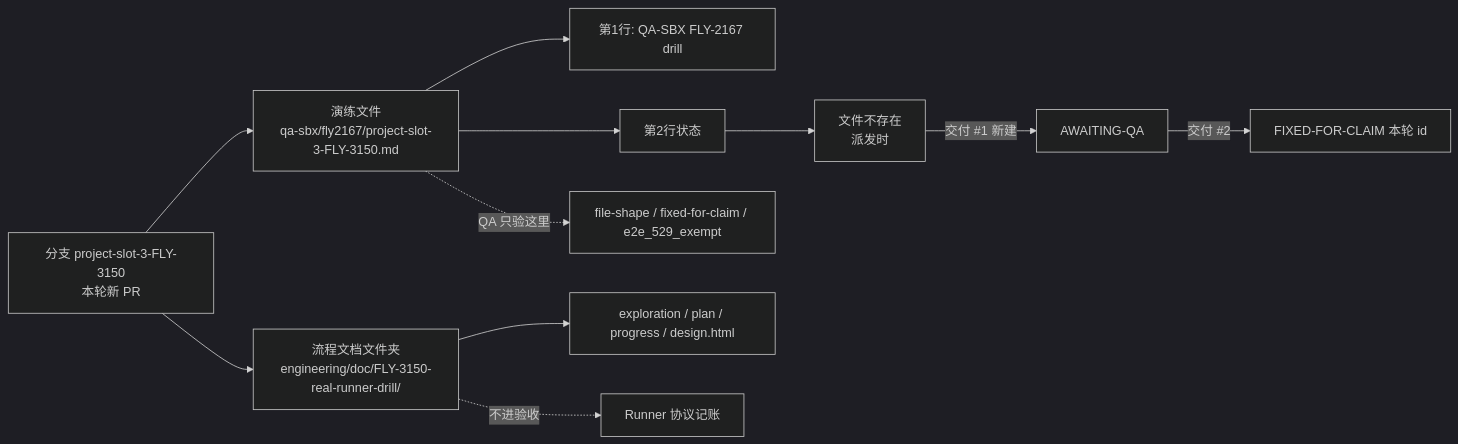
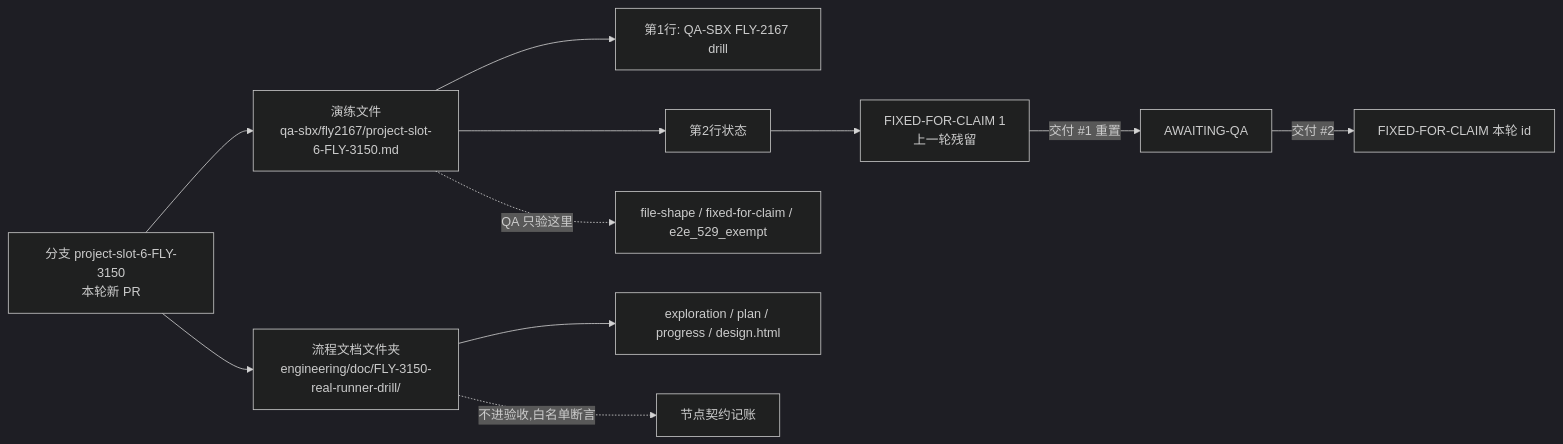
The diagram in engineering/doc/FLY-3150-real-runner-drill/d2-data-model.mmd (xrliAnnie/flywheel-qa-sandbox), drawn with Mermaid (dark theme) before and after one commit. The commit also changed 4 other files, not shown here.

```diff
--- a/engineering/doc/FLY-3150-real-runner-drill/d2-data-model.mmd
+++ b/engineering/doc/FLY-3150-real-runner-drill/d2-data-model.mmd
@@ -1,11 +1,11 @@
 flowchart LR
-    B["分支 project-slot-3-FLY-3150<br/>本轮新 PR"] --> T["演练文件<br/>qa-sbx/fly2167/project-slot-3-FLY-3150.md"]
+    B["分支 project-slot-6-FLY-3150<br/>本轮新 PR"] --> T["演练文件<br/>qa-sbx/fly2167/project-slot-6-FLY-3150.md"]
     B --> P["流程文档文件夹<br/>engineering/doc/FLY-3150-real-runner-drill/"]
     T --> L1["第1行: QA-SBX FLY-2167 drill"]
     T --> L2["第2行状态"]
-    L2 --> S0["文件不存在<br/>派发时"]
-    S0 -->|"交付 #1 新建"| S1["AWAITING-QA"]
+    L2 --> S0["FIXED-FOR-CLAIM 1<br/>上一轮残留"]
+    S0 -->|"交付 #1 重置"| S1["AWAITING-QA"]
     S1 -->|"交付 #2"| S2["FIXED-FOR-CLAIM 本轮 id"]
     P --> X["exploration / plan / progress / design.html"]
     T -. "QA 只验这里" .-> C["file-shape / fixed-for-claim / e2e_529_exempt"]
-    P -. "不进验收" .-> N["Runner 协议记账"]
+    P -. "不进验收,白名单断言" .-> N["节点契约记账"]
```
